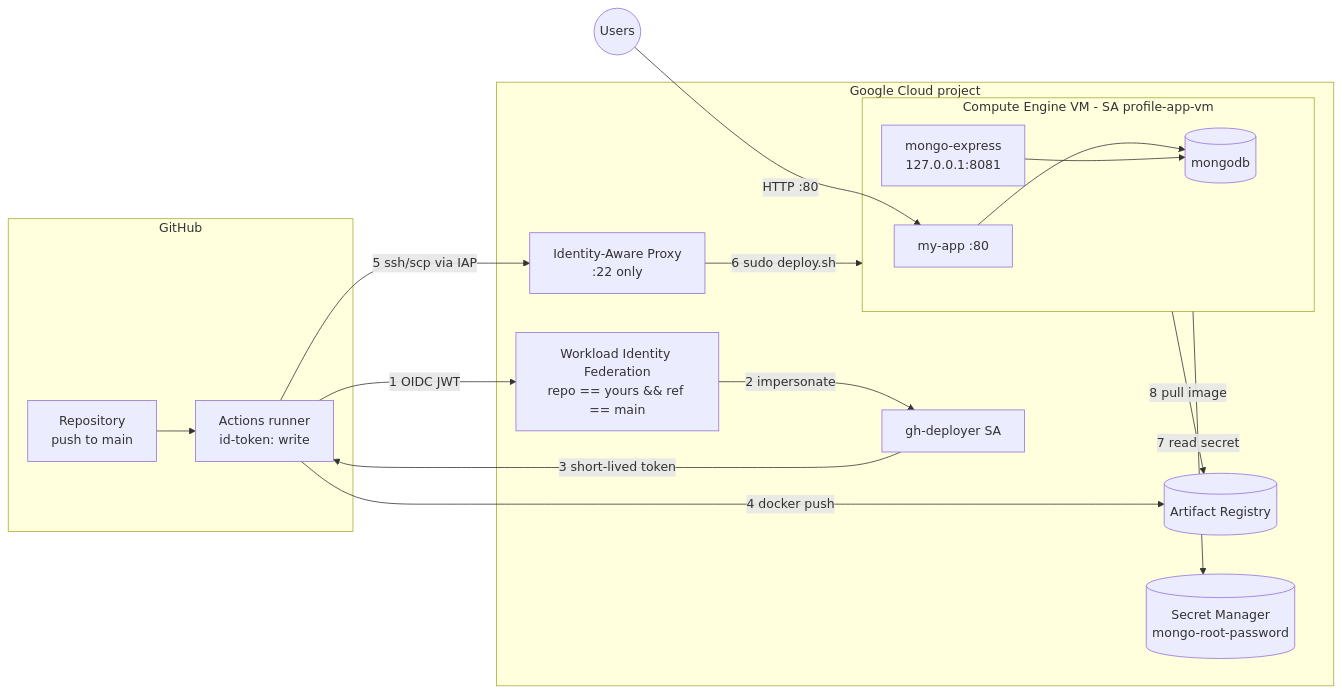
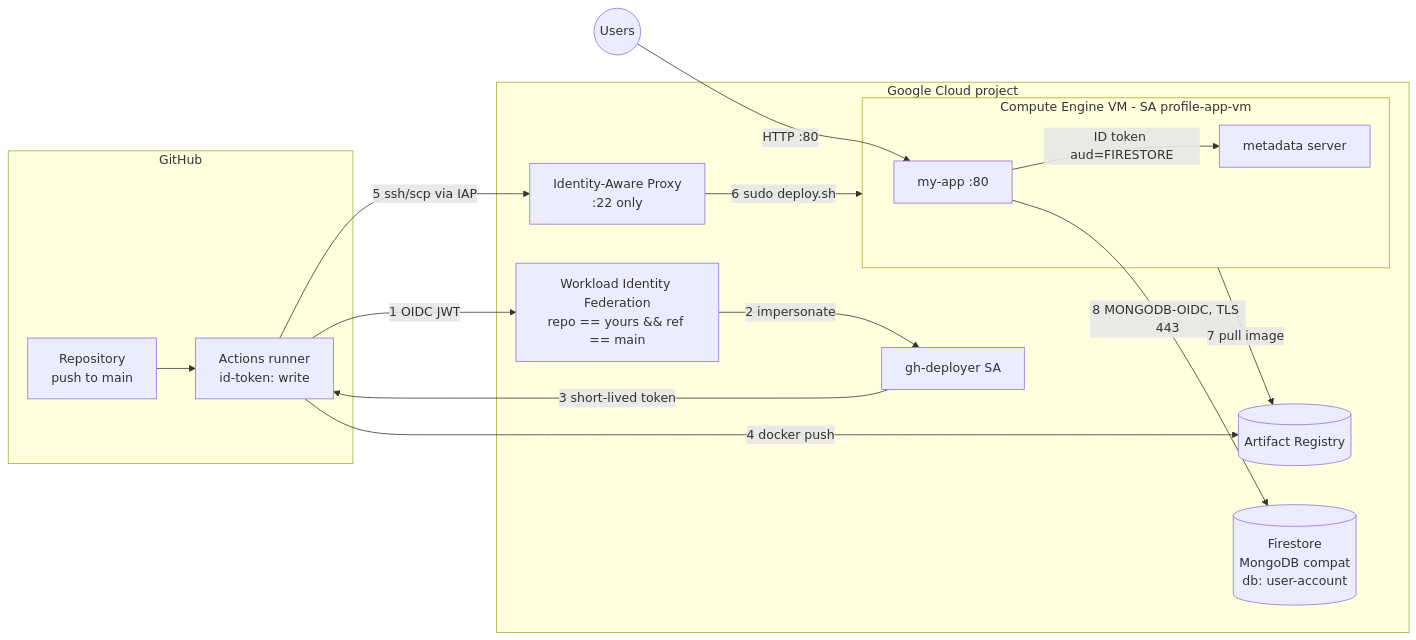
One commit to ngems1/gcp-docker changed the diagram in README.md. Above: the diagram before and after it, drawn with Mermaid. The commit also changed other lines of this file and 7 other files, not shown here.

````diff
--- a/README.md
+++ b/README.md
@@ -7,26 +12,25 @@
 ```mermaid
 flowchart LR
   subgraph GH[GitHub]
     repo[Repository<br/>push to main] --> runner[Actions runner<br/>id-token: write]
   end
   subgraph GCP[Google Cloud project]
     wif[Workload Identity Federation<br/>repo == yours && ref == main]
     sa[gh-deployer SA]
     ar[(Artifact Registry)]
     iap[Identity-Aware Proxy<br/>:22 only]
-    sm[(Secret Manager<br/>mongo-root-password)]
+    fs[(Firestore<br/>MongoDB compat<br/>db: user-account)]
     subgraph VM[Compute Engine VM - SA profile-app-vm]
-      app[my-app :80] --> db[(mongodb)]
-      me[mongo-express<br/>127.0.0.1:8081] --> db
+      app[my-app :80] -- ID token aud=FIRESTORE --> md[metadata server]
     end
   end
   users((Users)) -- HTTP :80 --> app
   runner -- "1 OIDC JWT" --> wif
   wif -- "2 impersonate" --> sa
   sa -- "3 short-lived token" --> runner
   runner -- "4 docker push" --> ar
   runner -- "5 ssh/scp via IAP" --> iap
   iap -- "6 sudo deploy.sh" --> VM
-  VM -- "7 read secret" --> sm
-  VM -- "8 pull image" --> ar
+  VM -- "7 pull image" --> ar
+  app -- "8 MONGODB-OIDC, TLS 443" --> fs
 ```
````
